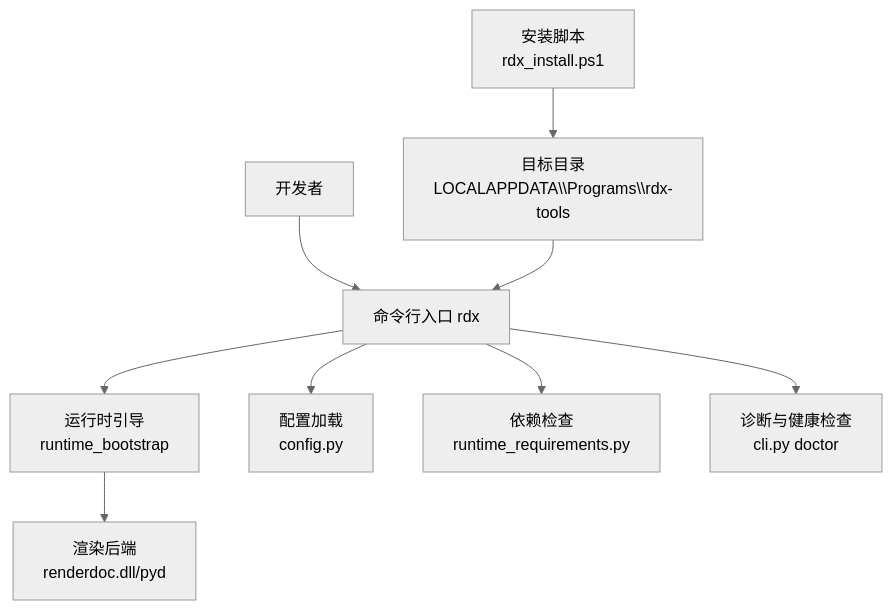
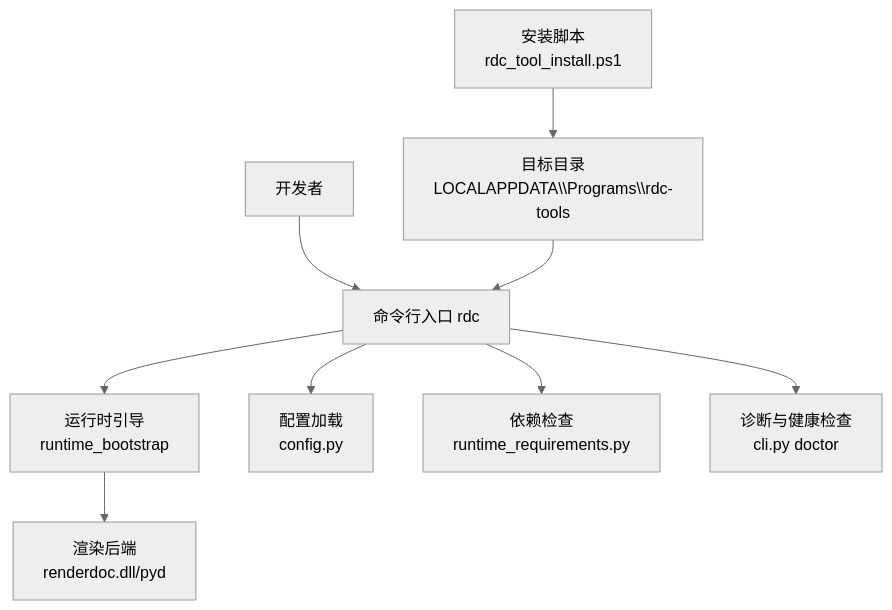
The first of 3 diagrams in .qoder/repowiki/zh/content/开发指南/开发环境搭建.md (haolange/RDC-Tool), drawn with Mermaid (neutral theme) before and after one commit. The commit also changed other lines of this file and 388 other files, not shown here.

First line of the commit message:
Release RDC-Tool identity and public maintenance surface

````diff
--- a/.qoder/repowiki/zh/content/开发指南/开发环境搭建.md
+++ b/.qoder/repowiki/zh/content/开发指南/开发环境搭建.md
@@ -51,11 +51,11 @@
 ```mermaid
 graph TB
-A["开发者"] --> B["命令行入口 rdx"]
+A["开发者"] --> B["命令行入口 rdc"]
 B --> C["运行时引导<br/>runtime_bootstrap"]
 C --> D["渲染后端<br/>renderdoc.dll/pyd"]
 B --> E["配置加载<br/>config.py"]
 B --> F["依赖检查<br/>runtime_requirements.py"]
 B --> G["诊断与健康检查<br/>cli.py doctor"]
-H["安装脚本<br/>rdx_install.ps1"] --> I["目标目录<br/>LOCALAPPDATA\\Programs\\rdx-tools"]
+H["安装脚本<br/>rdc_tool_install.ps1"] --> I["目标目录<br/>LOCALAPPDATA\\Programs\\rdc-tools"]
 I --> B
 ```
````
